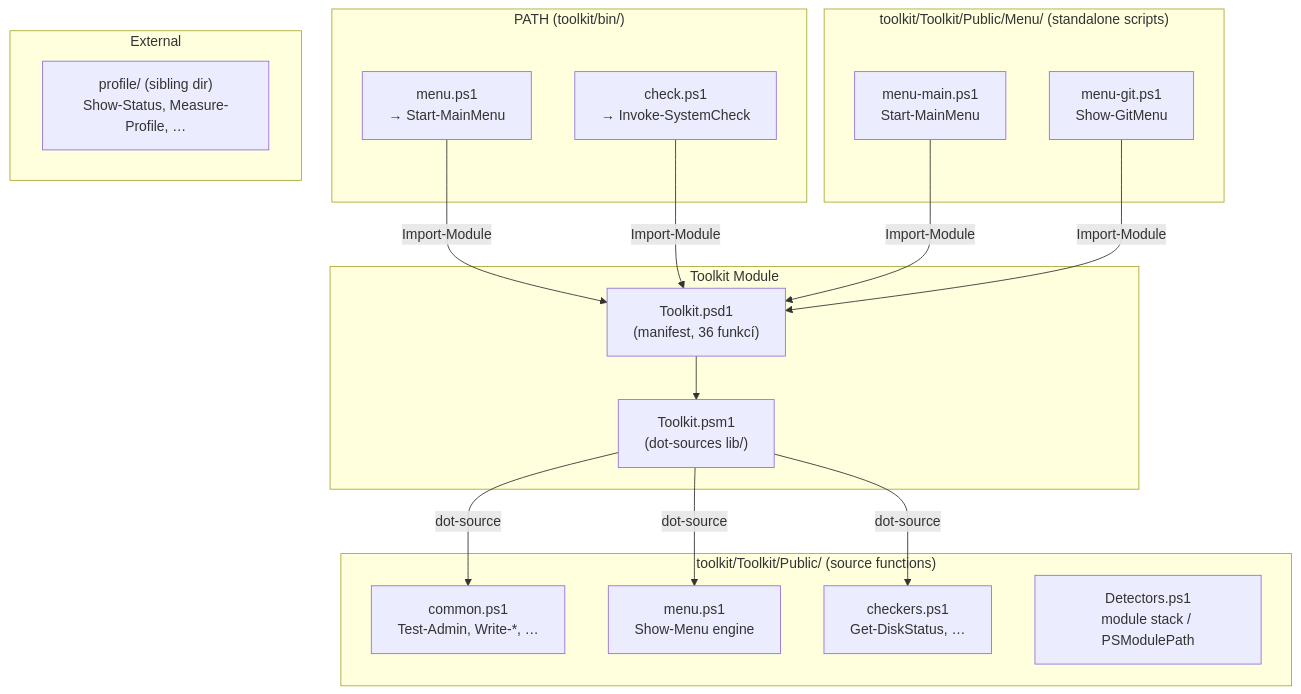
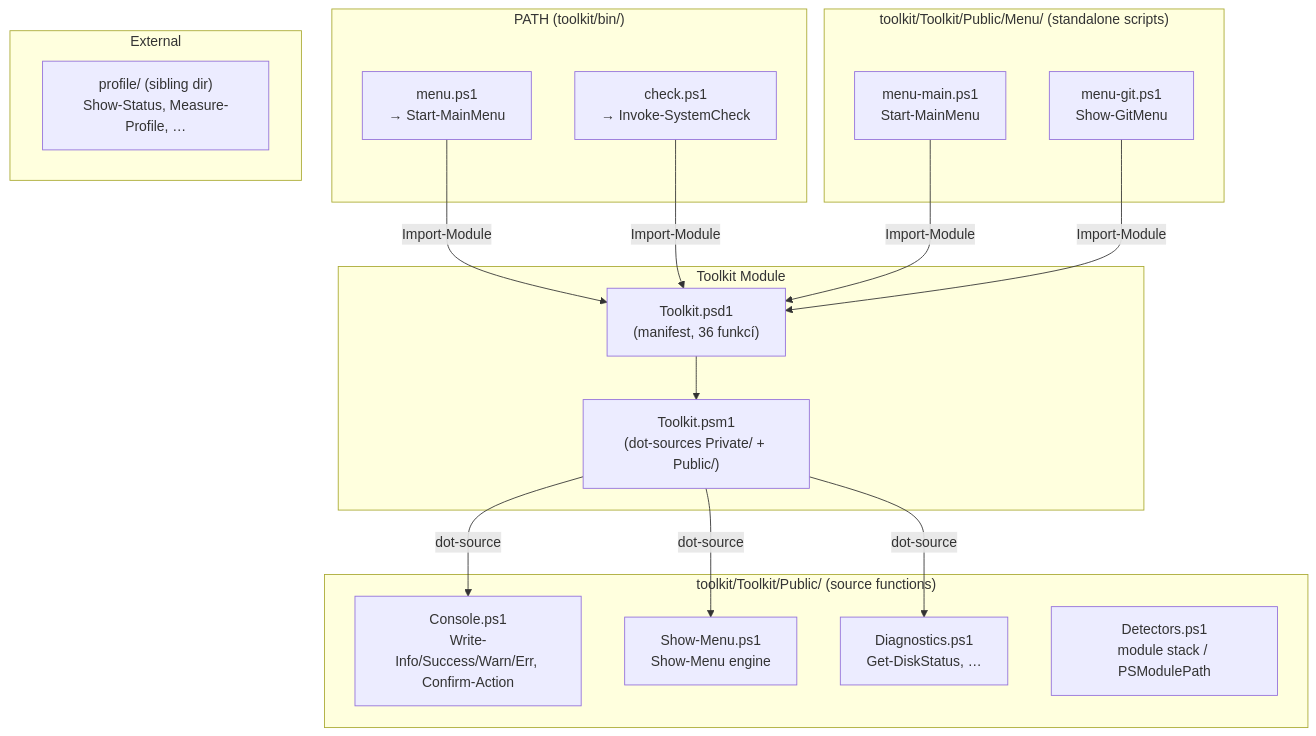
One commit to martinpaprcka77/martinpaprcka77.github.io changed the fourth of 6 diagrams in docs/ARCHITECTURE.md. Above: the diagram before and after it, drawn with Mermaid. The commit also changed 38 other files, not shown here.

````diff
--- a/docs/ARCHITECTURE.md
+++ b/docs/ARCHITECTURE.md
@@ -132,37 +132,37 @@
 ```mermaid
 graph TB
     subgraph "PATH (toolkit/bin/)"
         MM["menu.ps1<br/>→ Start-MainMenu"]
         CHKD["check.ps1<br/>→ Invoke-SystemCheck"]
     end
 
     subgraph "Toolkit Module"
-        PSM1["Toolkit.psm1<br/>(dot-sources lib/)"]
+        PSM1["Toolkit.psm1<br/>(dot-sources Private/ + Public/)"]
         PSD1["Toolkit.psd1<br/>(manifest, 36 funkcí)"]
     end
 
     subgraph "toolkit/Toolkit/Public/ (source functions)"
-        COMMON["common.ps1<br/>Test-Admin, Write-*, …"]
-        MENU["menu.ps1<br/>Show-Menu engine"]
-        CHECKERS["checkers.ps1<br/>Get-DiskStatus, …"]
+        COMMON["Console.ps1<br/>Write-Info/Success/Warn/Err, Confirm-Action"]
+        MENU["Show-Menu.ps1<br/>Show-Menu engine"]
+        CHECKERS["Diagnostics.ps1<br/>Get-DiskStatus, …"]
         DETECT["Detectors.ps1<br/>module stack / PSModulePath"]
     end
 
     subgraph "toolkit/Toolkit/Public/Menu/ (standalone scripts)"
         MAIN["menu-main.ps1<br/>Start-MainMenu"]
         GIT_M["menu-git.ps1<br/>Show-GitMenu"]
     end
 
     subgraph "External"
         PROFILE_HALF["profile/ (sibling dir)<br/>Show-Status, Measure-Profile, …"]
     end
 
     MM -->|"Import-Module"| PSD1
     CHKD -->|"Import-Module"| PSD1
     PSD1 --> PSM1
     PSM1 -->|"dot-source"| COMMON
     PSM1 -->|"dot-source"| MENU
     PSM1 -->|"dot-source"| CHECKERS
     MAIN -->|"Import-Module"| PSD1
     GIT_M -->|"Import-Module"| PSD1
 ```
````
